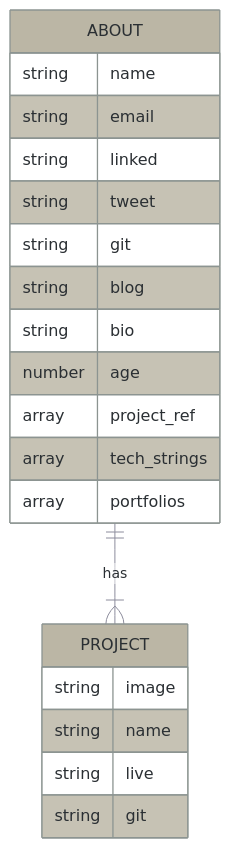
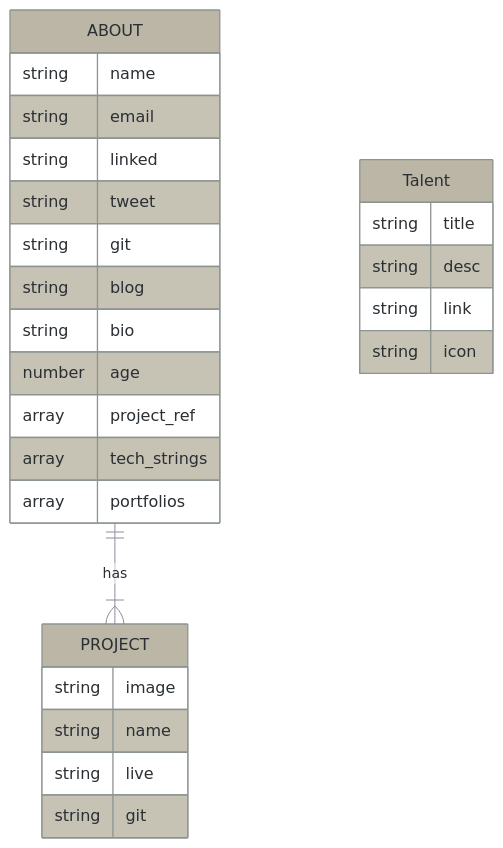
One commit to kcanamar/portfolio-API changed the diagram in README.md. Above: the diagram before and after it, drawn with Mermaid. The commit also changed other lines of this file, not shown here.

````diff
--- a/README.md
+++ b/README.md
@@ -24,35 +26,41 @@
 ```mermaid
 %%{ init: { 
 	'theme': 'base', 
 	'themeVariables': { 
 		'primaryColor': '#BBB6A5', 
 		'primaryTextColor': '#2A2F33', 
 		'primaryBorderColor': '#8C9491', 
 		'lineColor': '#8C8C9C', 
 		'secondaryColor': '#8C9491', 
 		'tertiaryColor': '#fff' 
 		} 
 	} 
 }%%
 erDiagram
     ABOUT ||--|{ PROJECT : has
     ABOUT {
         string name
         string email
         string linked
         string tweet
         string git
         string blog
         string bio
         number age
         array project_ref
         array tech_strings
         array portfolios
     }
     PROJECT {
         string image
         string name
         string live
         string git
     }
+    Talent {
+        string title
+        string desc
+        string link
+        string icon
+    }
 ```
````
